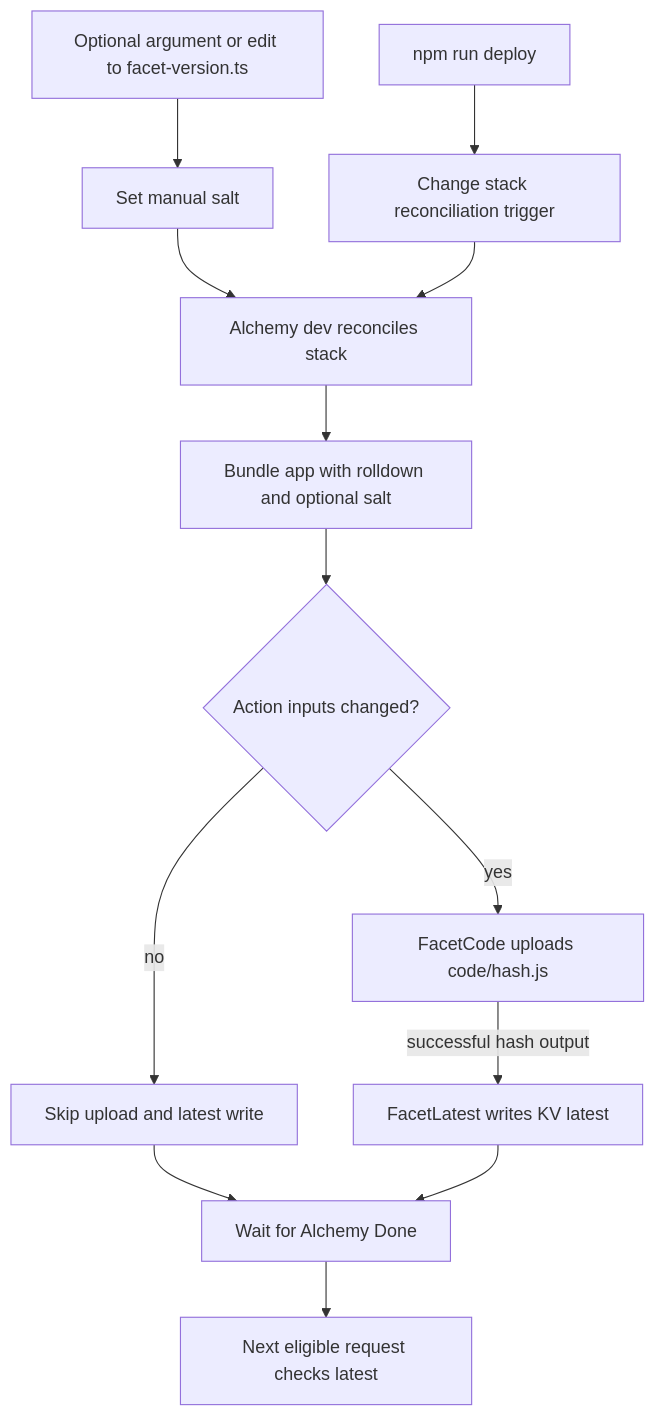
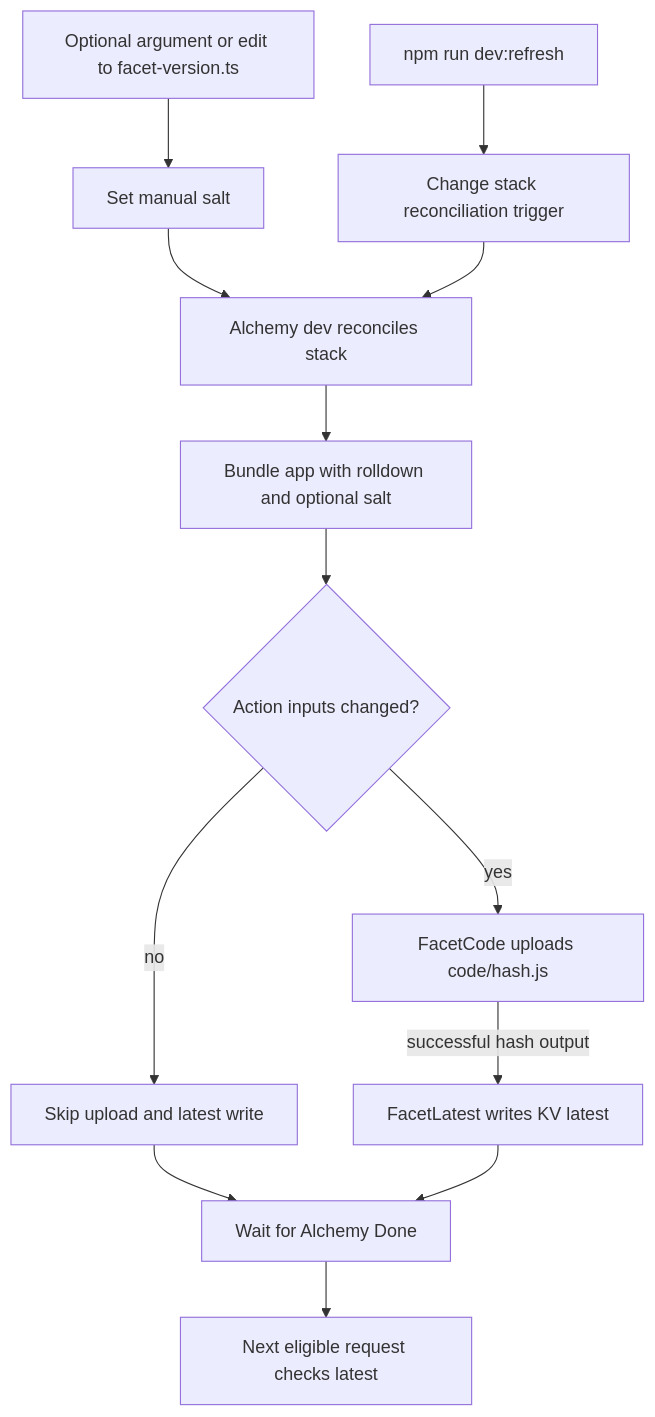
One commit to boarush/facet-swap changed the second of 4 diagrams in docs/ARCHITECTURE.md. Above: the diagram before and after it, drawn with Mermaid. The commit also changed 3 other files, not shown here.

Commit message:
Make deploy target Cloudflare; rename local trigger to dev:refresh

````diff
--- a/docs/ARCHITECTURE.md
+++ b/docs/ARCHITECTURE.md
@@ -88,15 +88,15 @@
 ```mermaid
 flowchart TD
-  CLI["npm run deploy"] --> TRIGGER[Change stack reconciliation trigger]
+  CLI["npm run dev:refresh"] --> TRIGGER[Change stack reconciliation trigger]
   SALT["Optional argument or edit to facet-version.ts"] --> LABEL[Set manual salt]
   LABEL --> EVAL[Alchemy dev reconciles stack]
   TRIGGER --> EVAL
   EVAL --> BUNDLE[Bundle app with rolldown and optional salt]
   BUNDLE --> DIFF{Action inputs changed?}
   DIFF -->|no| NOOP[Skip upload and latest write]
   DIFF -->|yes| UPLOAD[FacetCode uploads code/hash.js]
   UPLOAD -->|successful hash output| LATEST[FacetLatest writes KV latest]
   NOOP --> DONE[Wait for Alchemy Done]
   LATEST --> DONE
   DONE --> REQUEST[Next eligible request checks latest]
 ```
````
